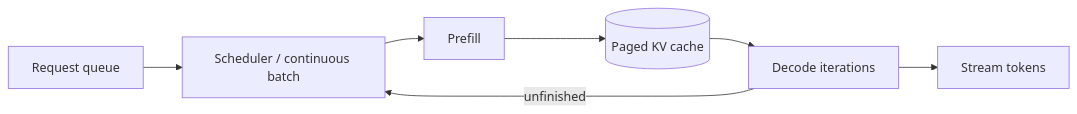
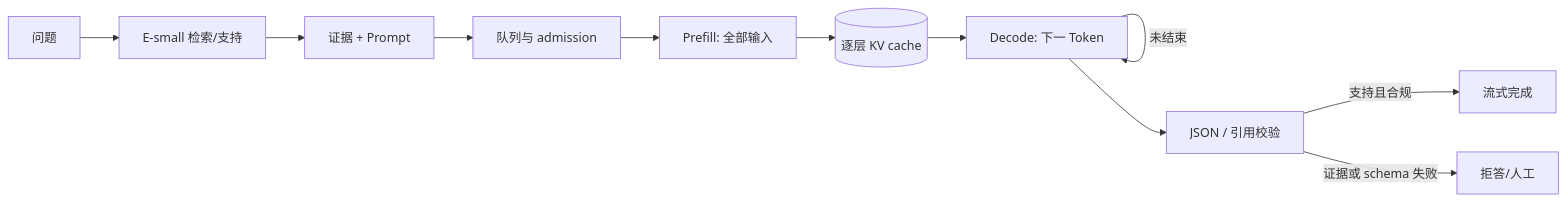
Before and after one commit to 007M7/learning007: the diagram in docs/advanced/ai/04-inference.md, drawn with Mermaid. The commit also changed other lines of this file and 90 other files, not shown here.

````diff
--- a/docs/advanced/ai/04-inference.md
+++ b/docs/advanced/ai/04-inference.md
@@ -21,9 +22,13 @@
 ```mermaid
 flowchart LR
-  Q[Request queue] --> B[Scheduler / continuous batch]
-  B --> P[Prefill]
-  P --> K[(Paged KV cache)]
-  K --> D[Decode iterations]
-  D --> S[Stream tokens]
-  D -->|unfinished| B
+  Q[问题] --> E[E-small 检索/支持]
+  E --> C[证据 + Prompt]
+  C --> W[队列与 admission]
+  W --> P[Prefill: 全部输入]
+  P --> K[(逐层 KV cache)]
+  K --> D[Decode: 下一 Token]
+  D -->|未结束| D
+  D --> O[JSON / 引用校验]
+  O -->|支持且合规| A[流式完成]
+  O -->|证据或 schema 失败| R[拒答/人工]
 ```
````
